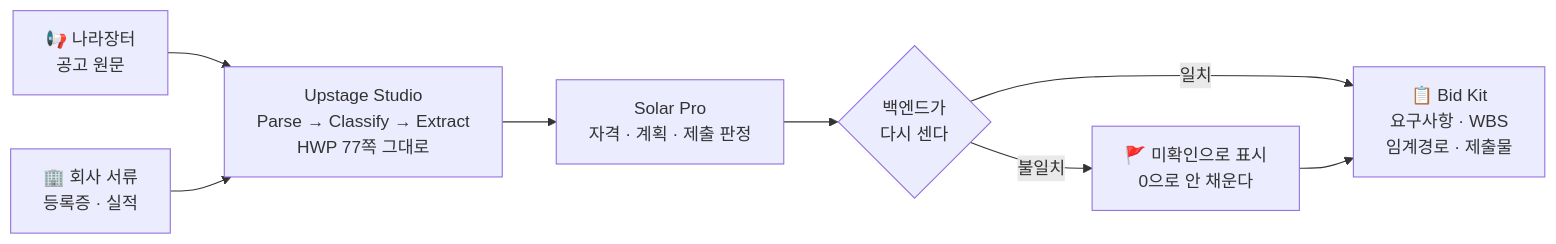
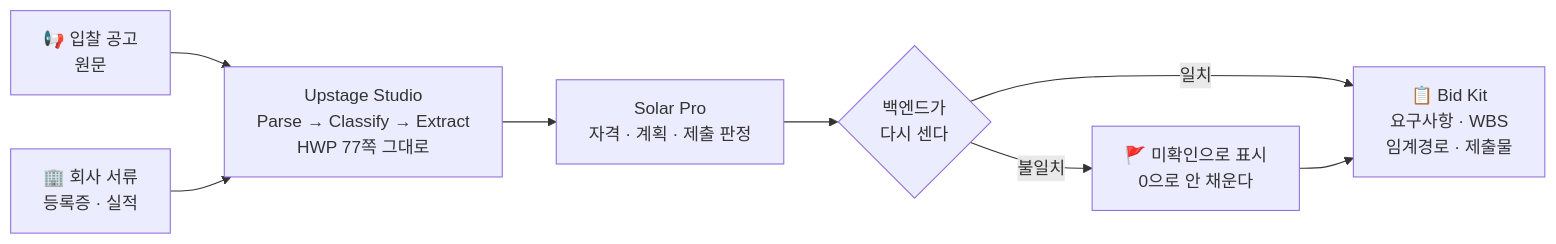
Before and after one commit to serenwoon/serenwoon: the second of 2 diagrams in README.md, drawn with Mermaid. The commit also changed other lines of this file, not shown here.

````diff
--- a/README.md
+++ b/README.md
@@ -127,10 +105,10 @@
 ```mermaid
 flowchart LR
-    N["📢 나라장터<br/>공고 원문"] --> S
+    N["📢 입찰 공고<br/>원문"] --> S
     C["🏢 회사 서류<br/>등록증 · 실적"] --> S
     S["Upstage Studio<br/>Parse → Classify → Extract<br/>HWP 77쪽 그대로"] --> J
     J["Solar Pro<br/>자격 · 계획 · 제출 판정"] --> G
     G{"백엔드가<br/>다시 센다"} -->|"불일치"| G2["🚩 미확인으로 표시<br/>0으로 안 채운다"]
     G -->|"일치"| K["📋 Bid Kit<br/>요구사항 · WBS<br/>임계경로 · 제출물"]
     G2 --> K
 ```
````
